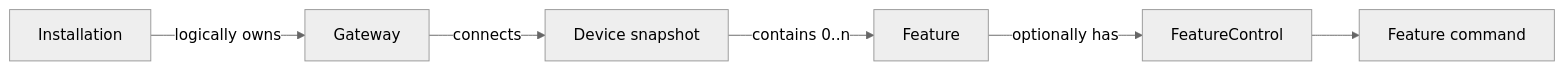
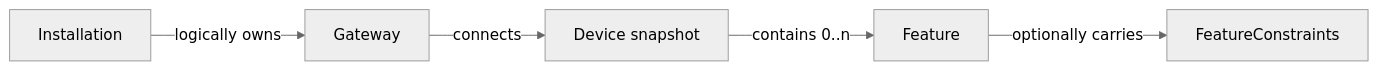
The third of 12 diagrams in docs/08_architecture.md (ignazhabibi/vi_api_client), drawn with Mermaid (neutral theme) before and after one commit. The commit also changed other lines of this file and 32 other files, not shown here.

First line of the commit message:
feat!: replace FeatureControl with FeatureConstraints and internal bindings (#204)

````diff
--- a/docs/08_architecture.md
+++ b/docs/08_architecture.md
@@ -253,8 +265,7 @@
 ```mermaid
 flowchart LR
     Installation -->|"logically owns"| Gateway
     Gateway -->|"connects"| Device["Device snapshot"]
     Device -->|"contains 0..n"| Feature
-    Feature -->|"optionally has"| Control["FeatureControl"]
-    Control --> Command["Feature command"]
+    Feature -->|"optionally carries"| Constraints["FeatureConstraints"]
 ```
````
